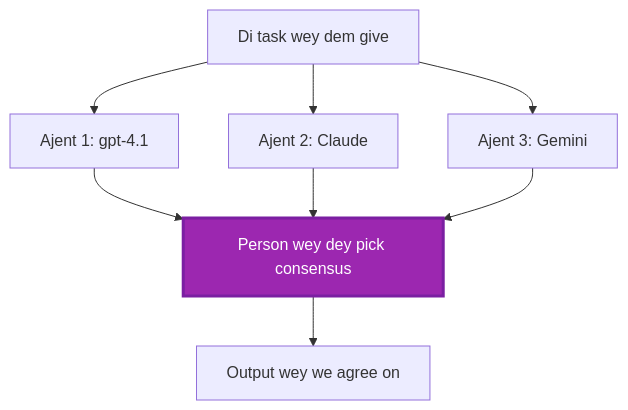
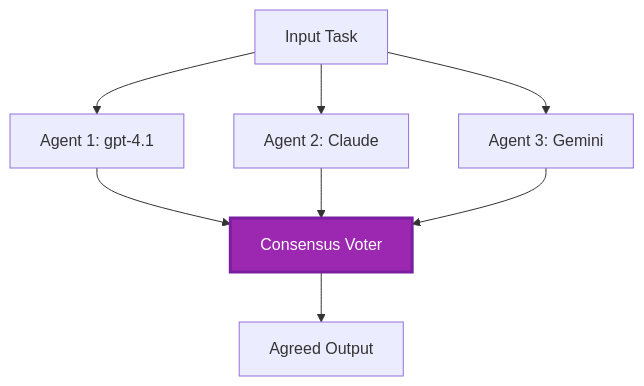
One commit to microsoft/AZD-for-beginners changed the sixth of 7 diagrams in translations/pcm/docs/chapter-06-pre-deployment/coordination-patterns.md. Above: the diagram before and after it, drawn with Mermaid. The commit also changed other lines of this file and 135 other files, not shown here.

````diff
--- a/translations/pcm/docs/chapter-06-pre-deployment/coordination-patterns.md
+++ b/translations/pcm/docs/chapter-06-pre-deployment/coordination-patterns.md
@@ -225,19 +230,19 @@
 ```mermaid
 graph TB
-    Input[Di task wey dem give]
-    Agent1[Ajent 1: gpt-4.1]
-    Agent2[Ajent 2: Claude]
-    Agent3[Ajent 3: Gemini]
-    Voter[Person wey dey pick consensus]
-    Output[Output wey we agree on]
+    Input[Input Task]
+    Agent1[Agent 1: gpt-4.1]
+    Agent2[Agent 2: Claude]
+    Agent3[Agent 3: Gemini]
+    Voter[Consensus Voter]
+    Output[Agreed Output]
     
     Input --> Agent1
     Input --> Agent2
     Input --> Agent3
     Agent1 --> Voter
     Agent2 --> Voter
     Agent3 --> Voter
     Voter --> Output
     
     style Voter fill:#9C27B0,stroke:#7B1FA2,stroke-width:3px,color:#fff
 ```
````
